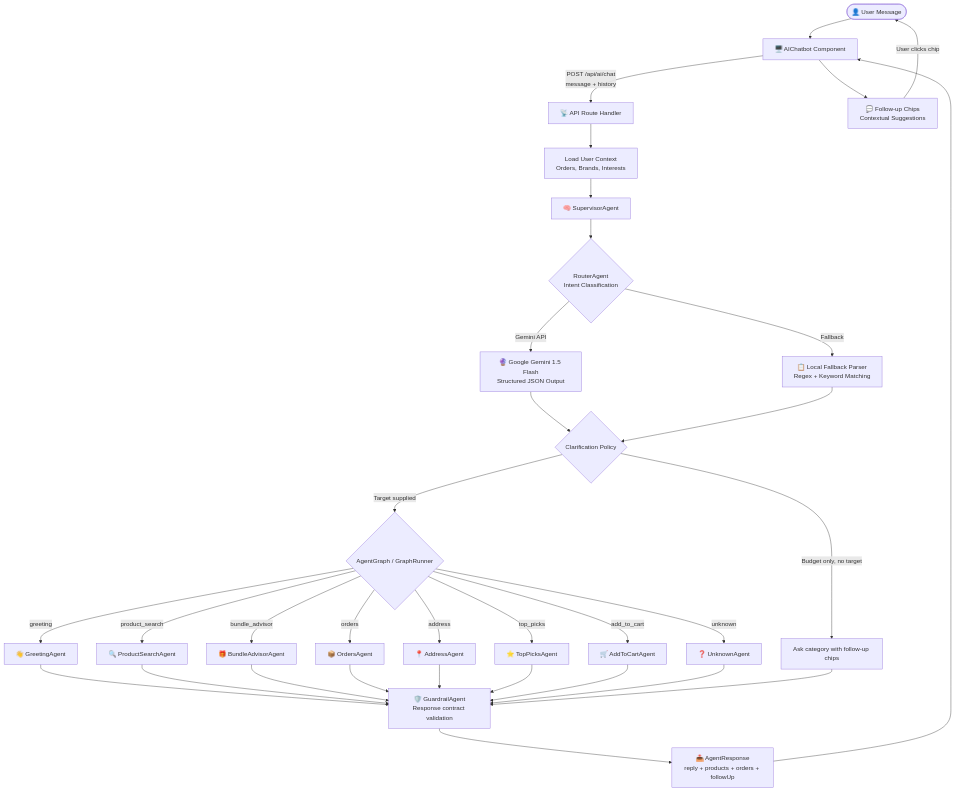
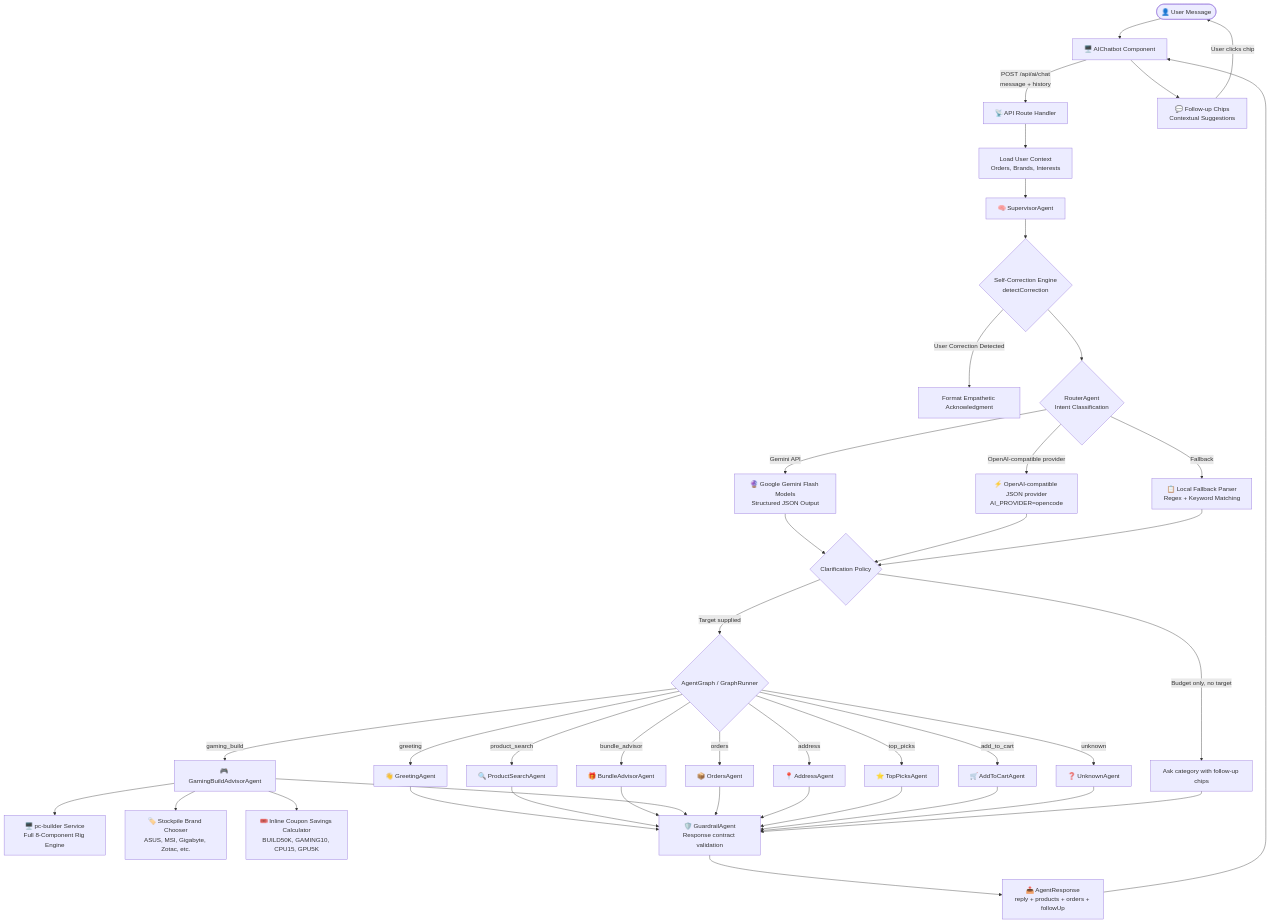
The first of 2 diagrams in docs/AGENTIC-AI-ARCHITECTURE.md (inkxe-shradha/ECommerce-Design-Suite), drawn with Mermaid before and after one commit. The commit also changed other lines of this file and 61 other files, not shown here.

````diff
--- a/docs/AGENTIC-AI-ARCHITECTURE.md
+++ b/docs/AGENTIC-AI-ARCHITECTURE.md
@@ -11,40 +11,51 @@
 ```mermaid
 flowchart TD
     User([👤 User Message]) --> Frontend[🖥️ AIChatbot Component]
     Frontend -->|POST /api/ai/chat<br/>message + history| API[📡 API Route Handler]
     API --> LoadCtx[Load User Context<br/>Orders, Brands, Interests]
     LoadCtx --> Supervisor[🧠 SupervisorAgent]
-    Supervisor --> Router{RouterAgent<br/>Intent Classification}
+    
+    Supervisor --> SelfCorrection{Self-Correction Engine<br/>detectCorrection}
+    SelfCorrection -->|User Correction Detected| PrependPrefix[Format Empathetic Acknowledgment]
+    SelfCorrection --> Router{RouterAgent<br/>Intent Classification}
 
-    Router -->|Gemini API| Gemini[🔮 Google Gemini 1.5 Flash<br/>Structured JSON Output]
+    Router -->|Gemini API| Gemini[🔮 Google Gemini Flash Models<br/>Structured JSON Output]
+    Router -->|OpenAI-compatible provider| OpenCode[⚡ OpenAI-compatible JSON provider<br/>AI_PROVIDER=opencode]
     Router -->|Fallback| LocalParse[📋 Local Fallback Parser<br/>Regex + Keyword Matching]
 
     Gemini --> Clarify{Clarification Policy}
+    OpenCode --> Clarify
     LocalParse --> Clarify
     Clarify -->|Budget only, no target| Clarification[Ask category with follow-up chips]
     Clarify -->|Target supplied| Dispatch
 
     Dispatch{AgentGraph / GraphRunner} -->|greeting| GA[👋 GreetingAgent]
     Dispatch -->|product_search| PSA[🔍 ProductSearchAgent]
     Dispatch -->|bundle_advisor| BA[🎁 BundleAdvisorAgent]
+    Dispatch -->|gaming_build| GBA[🎮 GamingBuildAdvisorAgent]
     Dispatch -->|orders| OA[📦 OrdersAgent]
     Dispatch -->|address| AA[📍 AddressAgent]
     Dispatch -->|top_picks| TPA[⭐ TopPicksAgent]
     Dispatch -->|add_to_cart| ACA[🛒 AddToCartAgent]
     Dispatch -->|unknown| UA[❓ UnknownAgent]
 
+    GBA --> PCBuilder[🖥️ pc-builder Service<br/>Full 8-Component Rig Engine]
+    GBA --> BrandDiscovery[🏷️ Stockpile Brand Chooser<br/>ASUS, MSI, Gigabyte, Zotac, etc.]
+    GBA --> CouponEngine[🎟️ Inline Coupon Savings Calculator<br/>BUILD50K, GAMING10, CPU15, GPU5K]
+
     GA --> Guardrail[🛡️ GuardrailAgent<br/>Response contract validation]
     PSA --> Guardrail
     BA --> Guardrail
+    GBA --> Guardrail
     OA --> Guardrail
     AA --> Guardrail
     TPA --> Guardrail
     ACA --> Guardrail
     UA --> Guardrail
 
     Clarification --> Guardrail
     Guardrail --> Response[📤 AgentResponse<br/>reply + products + orders + followUp]
     Response --> Frontend
     Frontend --> Chips[💬 Follow-up Chips<br/>Contextual Suggestions]
     Chips -->|User clicks chip| User
 ```
````
